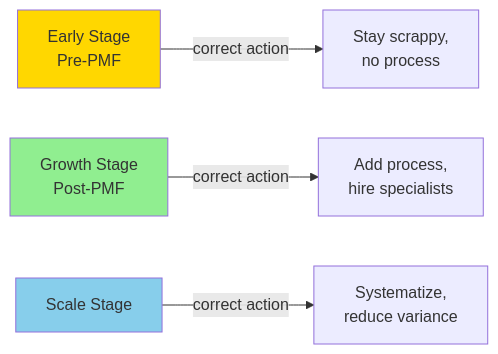
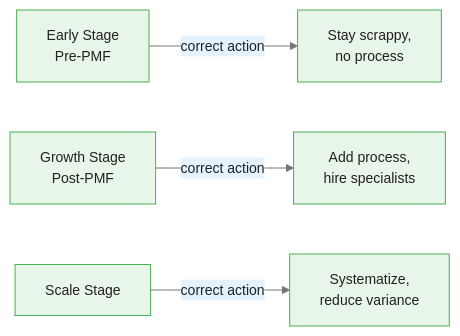
The second of 2 diagrams in courses/bayesian-prompt-engineering/modules/module_06_probability_mistakes/guides/01_six_mistakes_slides.md (m-deane/course-creator), drawn with Mermaid before and after one commit. The commit also changed other lines of this file and 53 other files, not shown here.

````diff
--- a/courses/bayesian-prompt-engineering/modules/module_06_probability_mistakes/guides/01_six_mistakes_slides.md
+++ b/courses/bayesian-prompt-engineering/modules/module_06_probability_mistakes/guides/01_six_mistakes_slides.md
@@ -281,10 +294,7 @@
 ```mermaid
+%%{init: {"theme": "base", "themeVariables": {"primaryColor": "#e8f5e9", "primaryBorderColor": "#4caf50", "primaryTextColor": "#212121", "secondaryColor": "#e3f2fd", "tertiaryColor": "#fff8e1", "lineColor": "#757575", "fontFamily": "Inter, sans-serif", "fontSize": "14px"}}}%%
 graph LR
     T1["Early Stage<br/>Pre-PMF"] -->|correct action| A1["Stay scrappy,<br/>no process"]
     T2["Growth Stage<br/>Post-PMF"] -->|correct action| A2["Add process,<br/>hire specialists"]
     T3["Scale Stage"] -->|correct action| A3["Systematize,<br/>reduce variance"]
-
-    style T1 fill:#ffd700
-    style T2 fill:#90EE90
-    style T3 fill:#87CEEB
 ```
````
